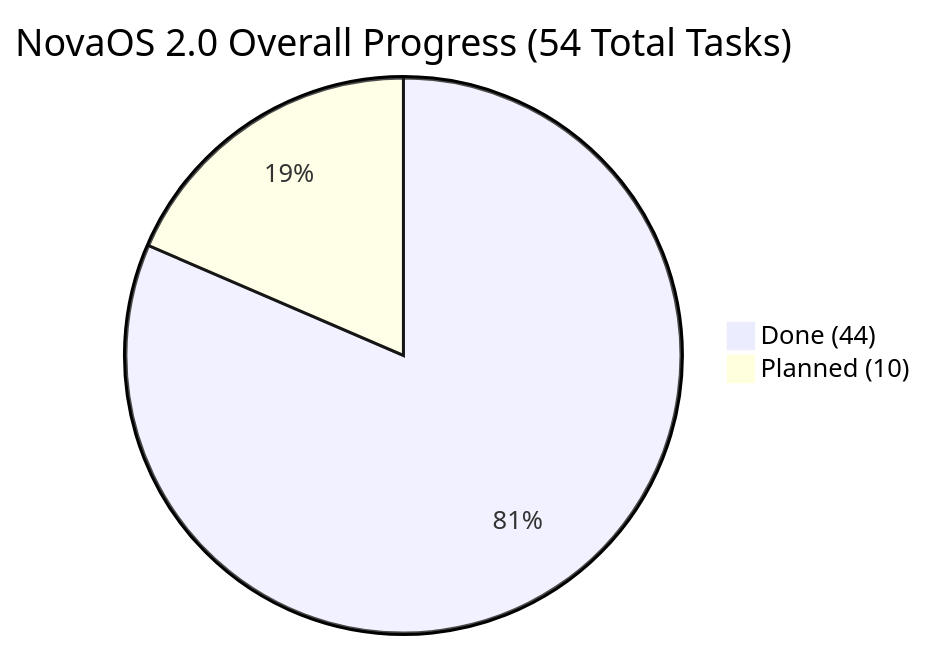
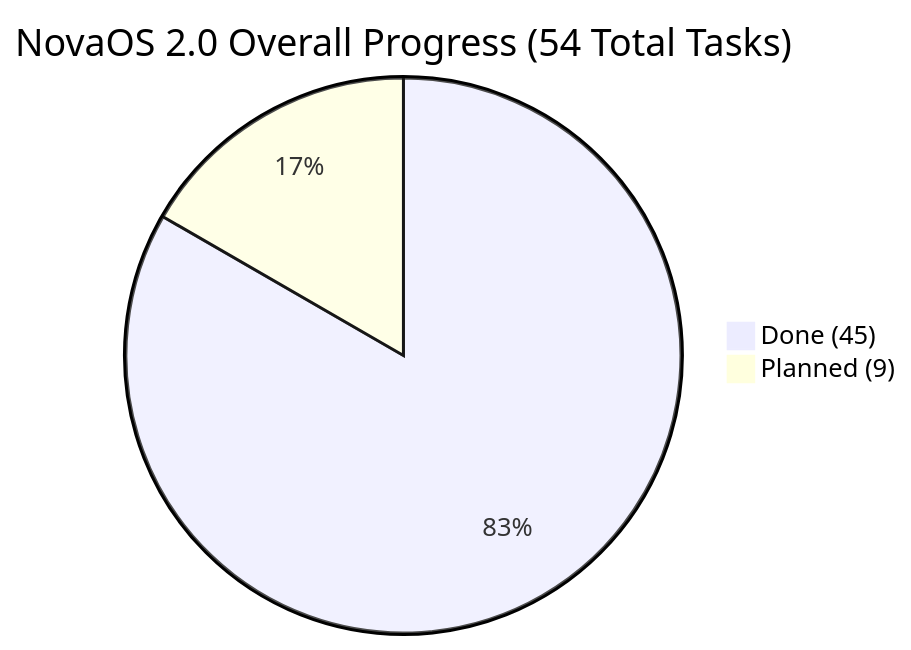
Before and after one commit to firoze-hossain/novaos: the diagram in NovaOS_Build_Plan.md, drawn with Mermaid. The commit also changed other lines of this file and 6 other files, not shown here.

````diff
--- a/NovaOS_Build_Plan.md
+++ b/NovaOS_Build_Plan.md
@@ -9,5 +9,5 @@
 ```mermaid
 pie title NovaOS 2.0 Overall Progress (54 Total Tasks)
-    "Done (44)" : 44
-    "Planned (10)" : 10
+    "Done (45)" : 45
+    "Planned (9)" : 9
 ```
````
